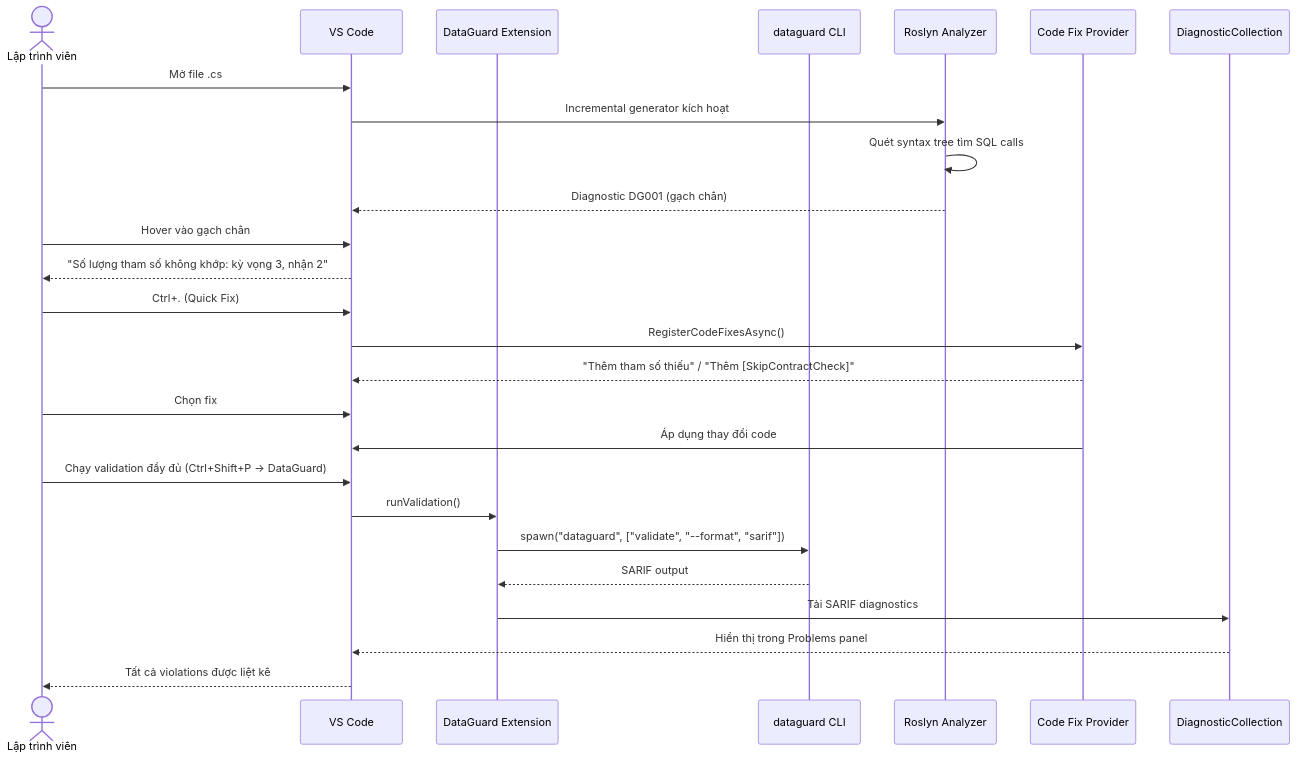
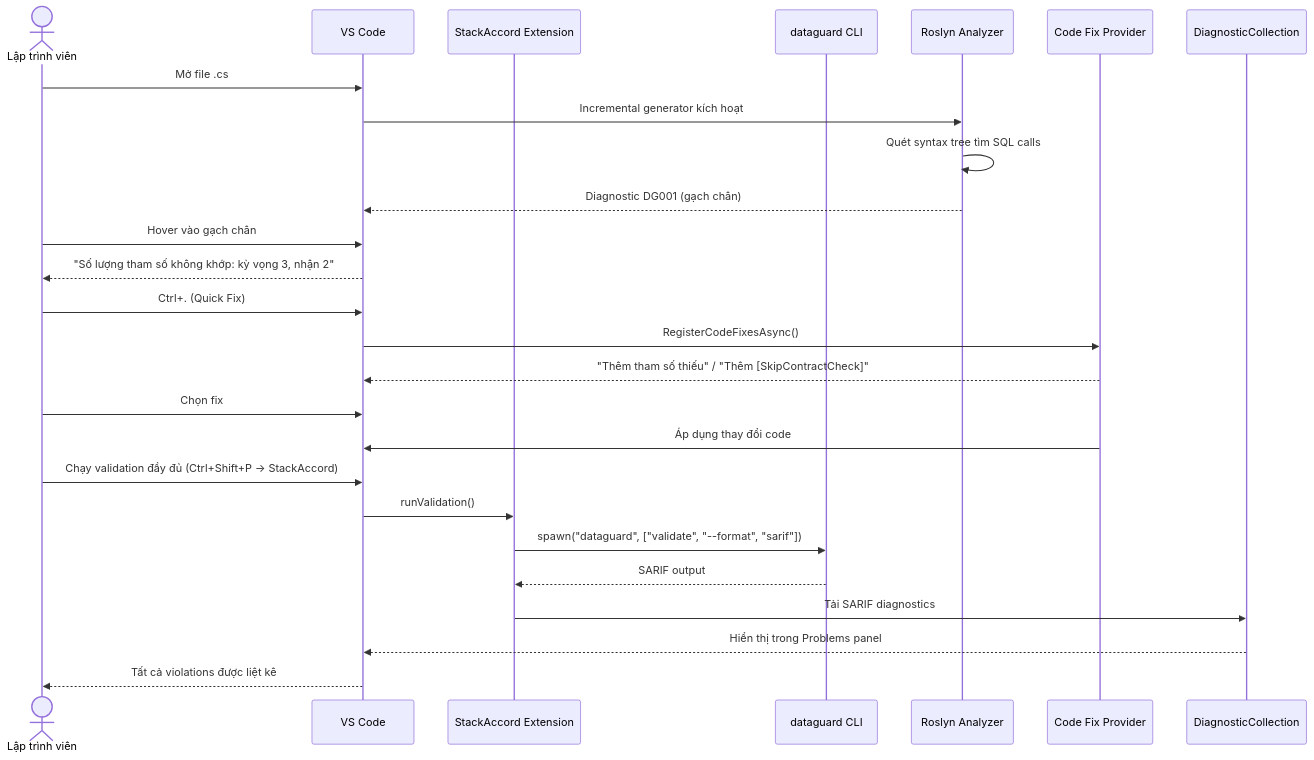
One commit to thanhnt-sm/eco_support_net_oracle changed the second of 7 diagrams in docs/04-diagrams/sequence-diagrams.vi.md. Above: the diagram before and after it, drawn with Mermaid. The commit also changed 115 other files, not shown here.

Commit message:
fix(branding): align StackAccord docs and release copy

````diff
--- a/docs/04-diagrams/sequence-diagrams.vi.md
+++ b/docs/04-diagrams/sequence-diagrams.vi.md
@@ -58,32 +58,32 @@
 ```mermaid
 sequenceDiagram
     actor Developer as Lập trình viên
     participant VSCode as VS Code
-    participant Ext as DataGuard Extension
+    participant Ext as StackAccord Extension
     participant CLI as dataguard CLI
     participant Analyzer as Roslyn Analyzer
     participant CodeFix as Code Fix Provider
     participant Diag as DiagnosticCollection
 
     Developer->>VSCode: Mở file .cs
     VSCode->>Analyzer: Incremental generator kích hoạt
     Analyzer->>Analyzer: Quét syntax tree tìm SQL calls
     Analyzer-->>VSCode: Diagnostic DG001 (gạch chân)
     
     Developer->>VSCode: Hover vào gạch chân
     VSCode-->>Developer: "Số lượng tham số không khớp: kỳ vọng 3, nhận 2"
     
     Developer->>VSCode: Ctrl+. (Quick Fix)
     VSCode->>CodeFix: RegisterCodeFixesAsync()
     CodeFix-->>VSCode: "Thêm tham số thiếu" / "Thêm [SkipContractCheck]"
     Developer->>VSCode: Chọn fix
     CodeFix->>VSCode: Áp dụng thay đổi code
     
-    Developer->>VSCode: Chạy validation đầy đủ (Ctrl+Shift+P → DataGuard)
+    Developer->>VSCode: Chạy validation đầy đủ (Ctrl+Shift+P → StackAccord)
     VSCode->>Ext: runValidation()
     Ext->>CLI: spawn("dataguard", ["validate", "--format", "sarif"])
     CLI-->>Ext: SARIF output
     Ext->>Diag: Tải SARIF diagnostics
     Diag-->>VSCode: Hiển thị trong Problems panel
     VSCode-->>Developer: Tất cả violations được liệt kê
 ```
````
